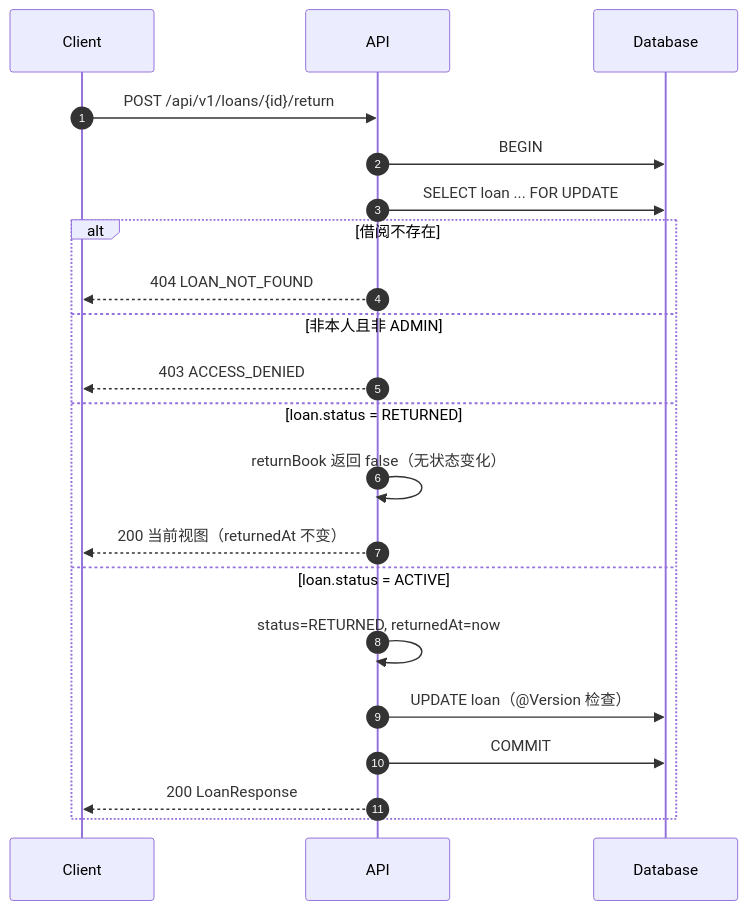
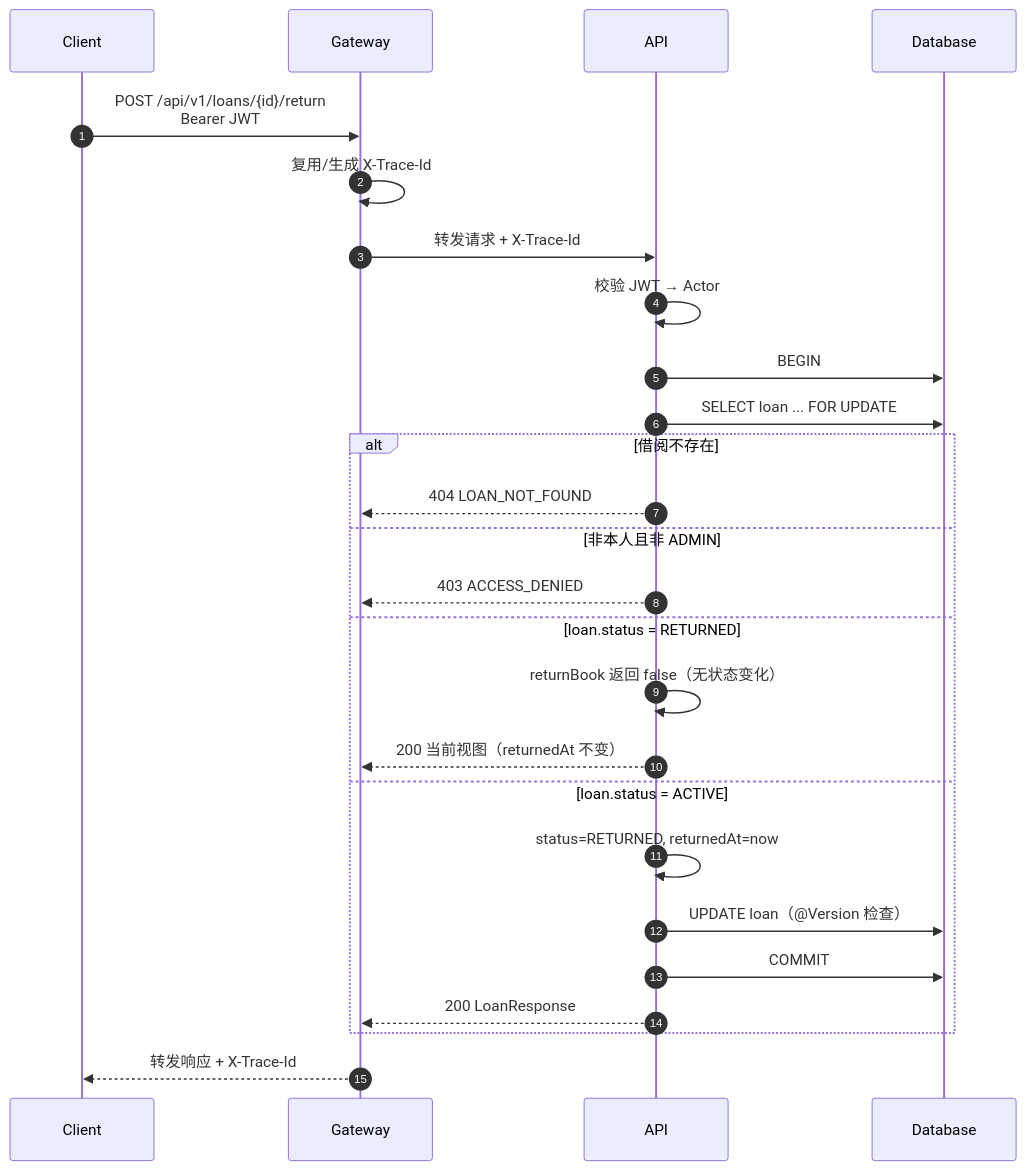
Before and after one commit to niefy/e-library: the ninth of 9 diagrams in docs/architecture.md, drawn with Mermaid. The commit also changed other lines of this file, not shown here.

````diff
--- a/docs/architecture.md
+++ b/docs/architecture.md
@@ -521,24 +476,29 @@
 ```mermaid
 sequenceDiagram
     autonumber
     participant C as Client
+    participant G as Gateway
     participant A as API
     participant DB as Database
 
-    C->>A: POST /api/v1/loans/{id}/return
+    C->>G: POST /api/v1/loans/{id}/return<br/>Bearer JWT
+    G->>G: 复用/生成 X-Trace-Id
+    G->>A: 转发请求 + X-Trace-Id
+    A->>A: 校验 JWT → Actor
     A->>DB: BEGIN
     A->>DB: SELECT loan ... FOR UPDATE
     alt 借阅不存在
-        A-->>C: 404 LOAN_NOT_FOUND
+        A-->>G: 404 LOAN_NOT_FOUND
     else 非本人且非 ADMIN
-        A-->>C: 403 ACCESS_DENIED
+        A-->>G: 403 ACCESS_DENIED
     else loan.status = RETURNED
         A->>A: returnBook 返回 false（无状态变化）
-        A-->>C: 200 当前视图（returnedAt 不变）
+        A-->>G: 200 当前视图（returnedAt 不变）
     else loan.status = ACTIVE
         A->>A: status=RETURNED, returnedAt=now
         A->>DB: UPDATE loan（@Version 检查）
         A->>DB: COMMIT
-        A-->>C: 200 LoanResponse
+        A-->>G: 200 LoanResponse
     end
+    G-->>C: 转发响应 + X-Trace-Id
 ```
````
